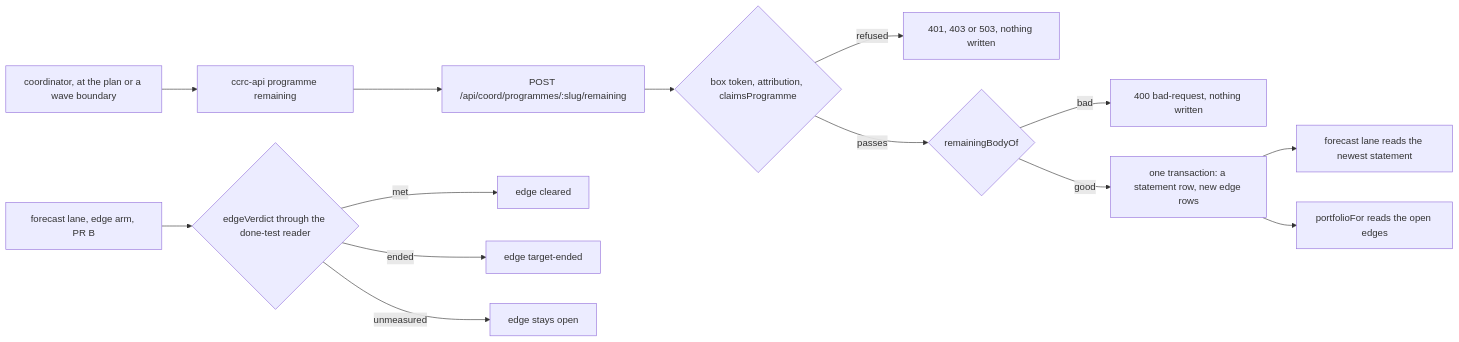
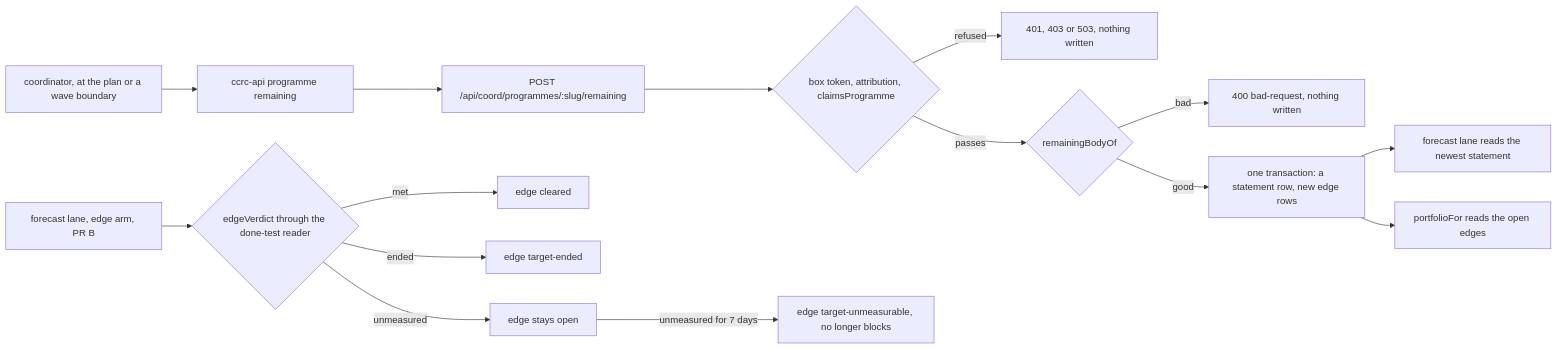
One commit to Synapsium-Labs/ccrc-pwa changed the diagram in docs/superpowers/plans/2026-11-16-overlord-w2/w2-remaining-work.md. Above: the diagram before and after it, drawn with Mermaid. The commit also changed other lines of this file, not shown here.

````diff
--- a/docs/superpowers/plans/2026-11-16-overlord-w2/w2-remaining-work.md
+++ b/docs/superpowers/plans/2026-11-16-overlord-w2/w2-remaining-work.md
@@ -50,16 +52,17 @@
 ```mermaid
 flowchart LR
   C["coordinator, at the plan or a wave boundary"] --> V["ccrc-api programme remaining"]
   V --> D["POST /api/coord/programmes/:slug/remaining"]
   D --> G{"box token, attribution, claimsProgramme"}
   G -- "refused" --> R["401, 403 or 503, nothing written"]
   G -- "passes" --> B{"remainingBodyOf"}
   B -- "bad" --> R2["400 bad-request, nothing written"]
   B -- "good" --> W["one transaction: a statement row, new edge rows"]
   W --> F["forecast lane reads the newest statement"]
   W --> P["portfolioFor reads the open edges"]
   L["forecast lane, edge arm, PR B"] --> M{"edgeVerdict through the done-test reader"}
   M -- "met" --> X["edge cleared"]
   M -- "ended" --> E["edge target-ended"]
   M -- "unmeasured" --> O["edge stays open"]
+  O -- "unmeasured for 7 days" --> U["edge target-unmeasurable, no longer blocks"]
 ```
````
